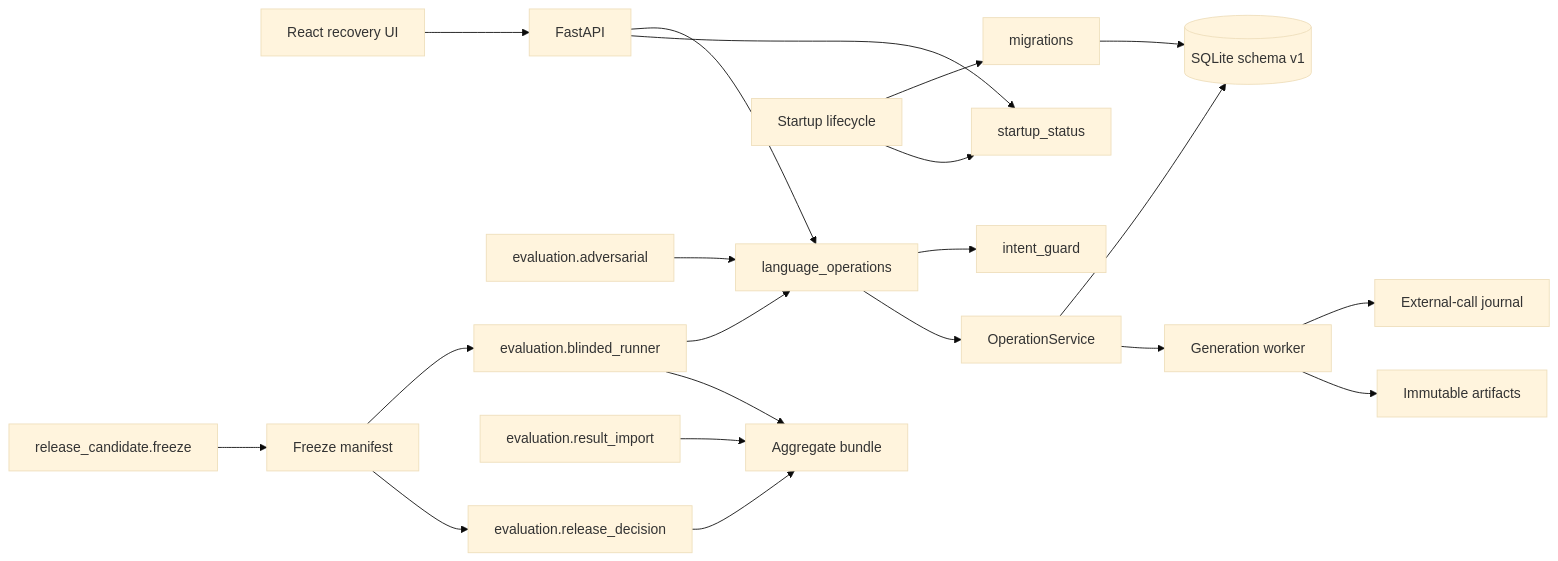
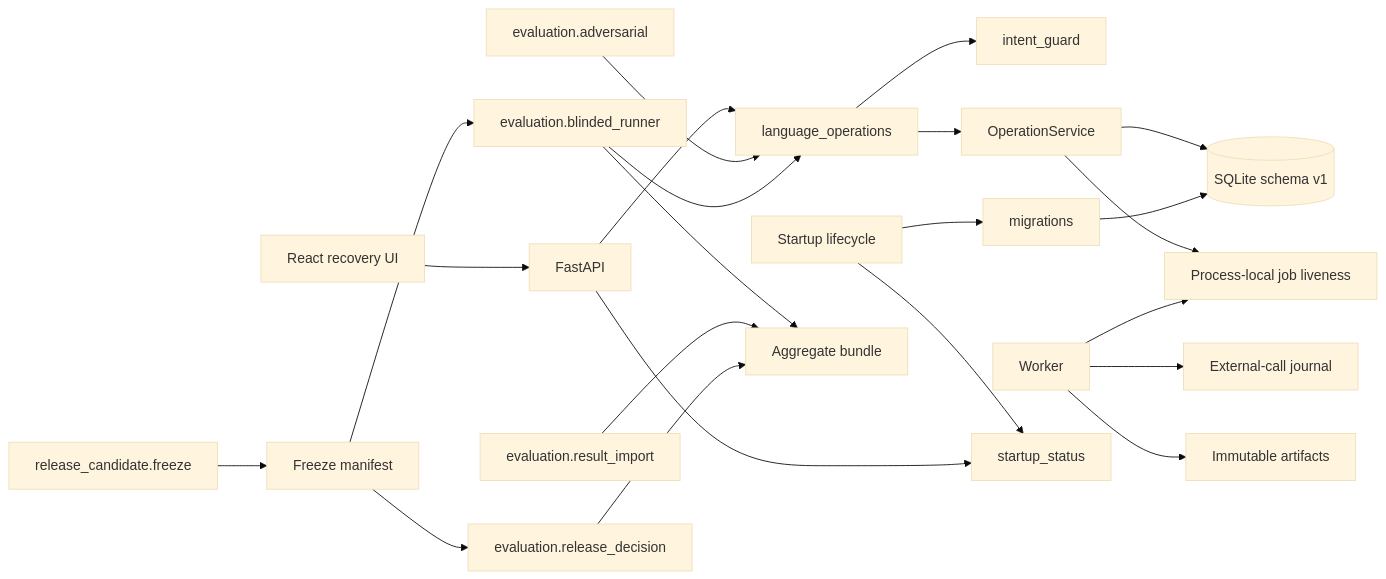
Before and after one commit to FidesTherese/blockvideo-upgrade-project: the first of 5 diagrams in docs/DTD.md, drawn with Mermaid (base theme). The commit also changed other lines of this file and 16 other files, not shown here.

````diff
--- a/docs/DTD.md
+++ b/docs/DTD.md
@@ -59,25 +59,26 @@
 ```mermaid
 flowchart LR
     UI[React recovery UI] --> API[FastAPI]
     API --> Lang[language_operations]
     Lang --> Guard[intent_guard]
     Lang --> Core[OperationService]
     Core --> DB[(SQLite schema v1)]
-    Core --> Worker[Generation worker]
+    Core --> Live[Process-local job liveness]
+    Worker --> Live
     Worker --> Journal[External-call journal]
     Worker --> Artifacts[Immutable artifacts]
 
     Startup[Startup lifecycle] --> Migration[migrations]
     Migration --> DB
     Startup --> Status[startup_status]
     API --> Status
 
     Adv[evaluation.adversarial] --> Lang
     Freeze[release_candidate.freeze] --> Manifest[Freeze manifest]
     Blind[evaluation.blinded_runner] --> Lang
     Blind --> Aggregate[Aggregate bundle]
     Import[evaluation.result_import] --> Aggregate
     Decision[evaluation.release_decision] --> Aggregate
     Manifest --> Blind
     Manifest --> Decision
 ```
````
